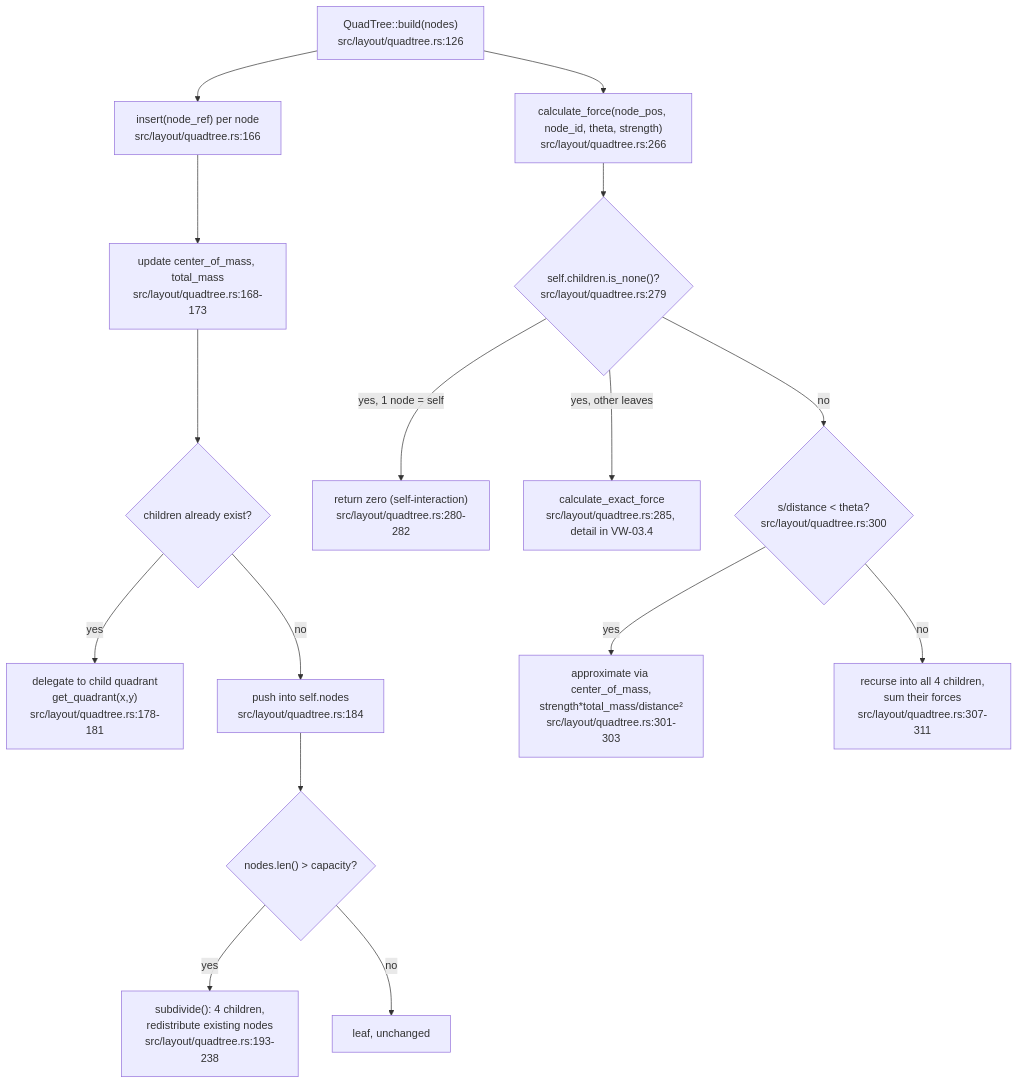
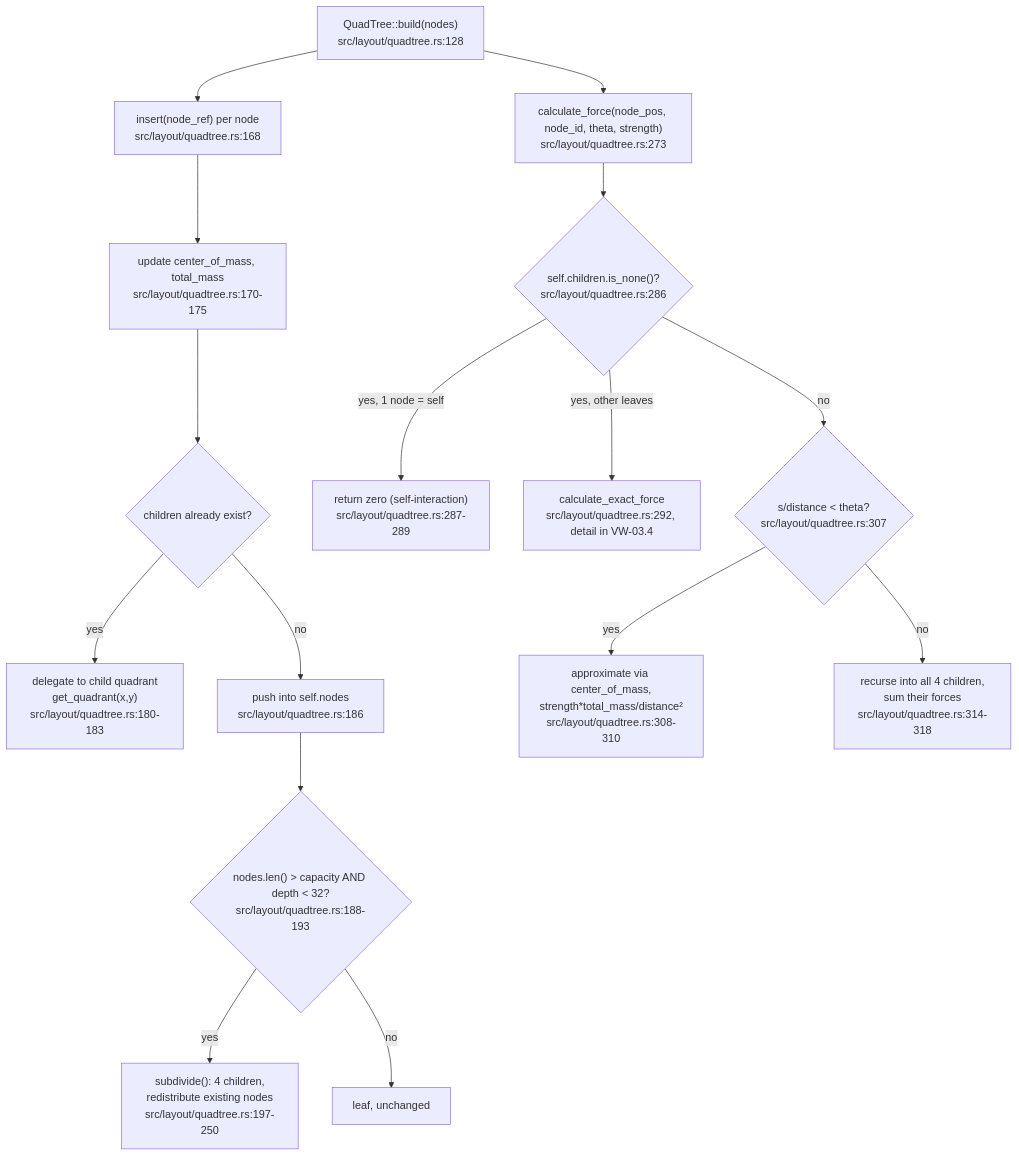
One commit to DreamLab-AI/VisionFlow changed the third of 9 diagrams in docs/diagrams/vowl-wasm/03-force-layout-lifecycle.md. Above: the diagram before and after it, drawn with Mermaid. The commit also changed other lines of this file and 36 other files, not shown here.

First line of the commit message:
docs(diagrams): re-derive and re-stamp agentbox, dream-engine, visioncraft, visiontouch and vowl topics; drop LAN addresses

````diff
--- a/docs/diagrams/vowl-wasm/03-force-layout-lifecycle.md
+++ b/docs/diagrams/vowl-wasm/03-force-layout-lifecycle.md
@@ -61,18 +61,18 @@
 ```mermaid
 flowchart TB
-    B["QuadTree::build(nodes)<br/>src/layout/quadtree.rs:126"] --> INS["insert(node_ref) per node<br/>src/layout/quadtree.rs:166"]
-    INS --> COM["update center_of_mass, total_mass<br/>src/layout/quadtree.rs:168-173"]
+    B["QuadTree::build(nodes)<br/>src/layout/quadtree.rs:128"] --> INS["insert(node_ref) per node<br/>src/layout/quadtree.rs:168"]
+    INS --> COM["update center_of_mass, total_mass<br/>src/layout/quadtree.rs:170-175"]
     COM --> HASCH{"children already exist?"}
-    HASCH -->|yes| DELEGATE["delegate to child quadrant<br/>get_quadrant(x,y)<br/>src/layout/quadtree.rs:178-181"]
-    HASCH -->|no| PUSH["push into self.nodes<br/>src/layout/quadtree.rs:184"]
-    PUSH --> CAP{"nodes.len() > capacity?"}
-    CAP -->|yes| SUB["subdivide(): 4 children,<br/>redistribute existing nodes<br/>src/layout/quadtree.rs:193-238"]
+    HASCH -->|yes| DELEGATE["delegate to child quadrant<br/>get_quadrant(x,y)<br/>src/layout/quadtree.rs:180-183"]
+    HASCH -->|no| PUSH["push into self.nodes<br/>src/layout/quadtree.rs:186"]
+    PUSH --> CAP{"nodes.len() > capacity AND depth < 32?<br/>src/layout/quadtree.rs:188-193"}
+    CAP -->|yes| SUB["subdivide(): 4 children,<br/>redistribute existing nodes<br/>src/layout/quadtree.rs:197-250"]
     CAP -->|no| DONE1["leaf, unchanged"]
-    B --> CF["calculate_force(node_pos, node_id, theta, strength)<br/>src/layout/quadtree.rs:266"]
-    CF --> LEAF{"self.children.is_none()?<br/>src/layout/quadtree.rs:279"}
-    LEAF -->|yes, 1 node = self| ZERO["return zero (self-interaction)<br/>src/layout/quadtree.rs:280-282"]
-    LEAF -->|"yes, other leaves"| EXACT["calculate_exact_force<br/>src/layout/quadtree.rs:285, detail in VW-03.4"]
-    LEAF -->|no| THETA{"s/distance < theta?<br/>src/layout/quadtree.rs:300"}
-    THETA -->|yes| APPROX["approximate via center_of_mass,<br/>strength*total_mass/distance²<br/>src/layout/quadtree.rs:301-303"]
-    THETA -->|no| RECURSE["recurse into all 4 children,<br/>sum their forces<br/>src/layout/quadtree.rs:307-311"]
+    B --> CF["calculate_force(node_pos, node_id, theta, strength)<br/>src/layout/quadtree.rs:273"]
+    CF --> LEAF{"self.children.is_none()?<br/>src/layout/quadtree.rs:286"}
+    LEAF -->|yes, 1 node = self| ZERO["return zero (self-interaction)<br/>src/layout/quadtree.rs:287-289"]
+    LEAF -->|"yes, other leaves"| EXACT["calculate_exact_force<br/>src/layout/quadtree.rs:292, detail in VW-03.4"]
+    LEAF -->|no| THETA{"s/distance < theta?<br/>src/layout/quadtree.rs:307"}
+    THETA -->|yes| APPROX["approximate via center_of_mass,<br/>strength*total_mass/distance²<br/>src/layout/quadtree.rs:308-310"]
+    THETA -->|no| RECURSE["recurse into all 4 children,<br/>sum their forces<br/>src/layout/quadtree.rs:314-318"]
 ```
````
